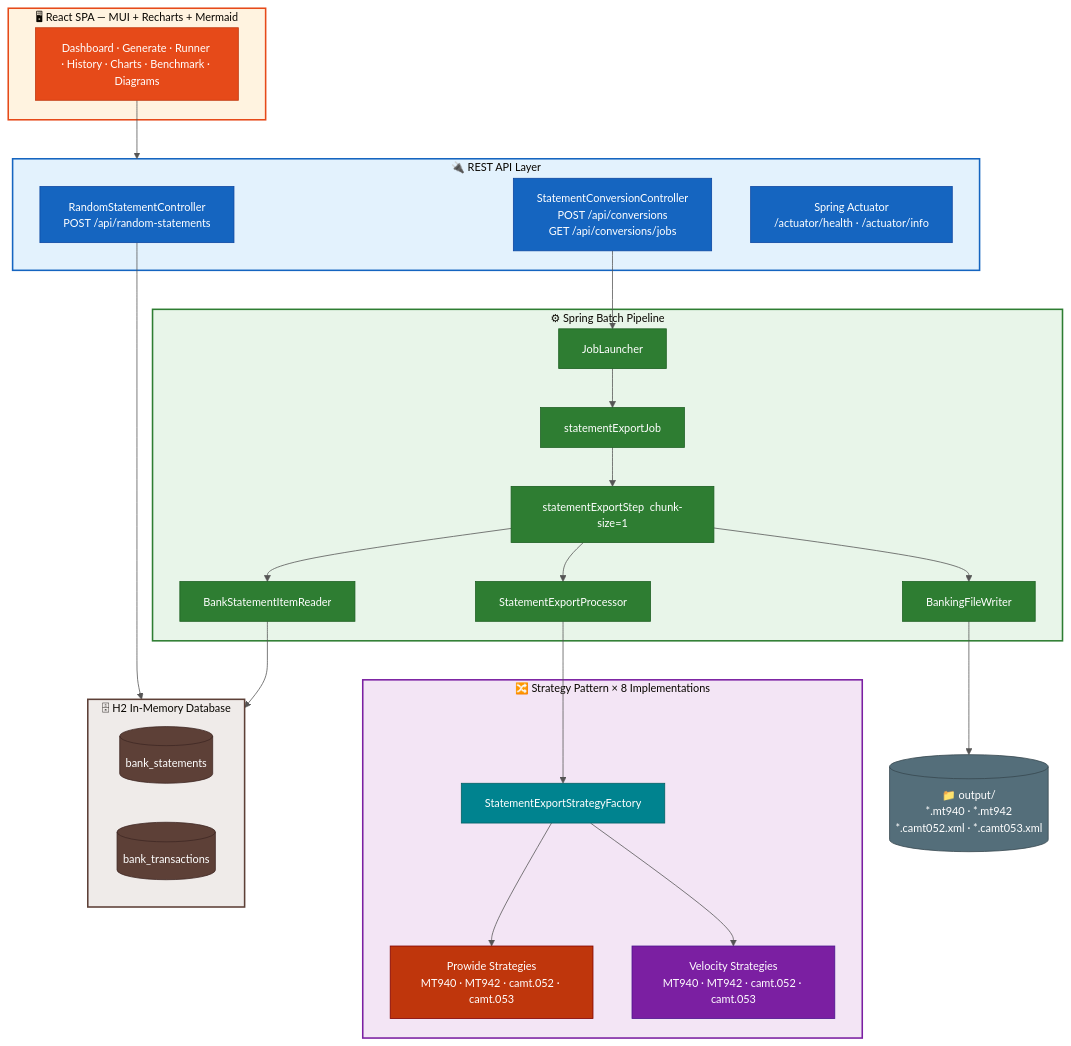
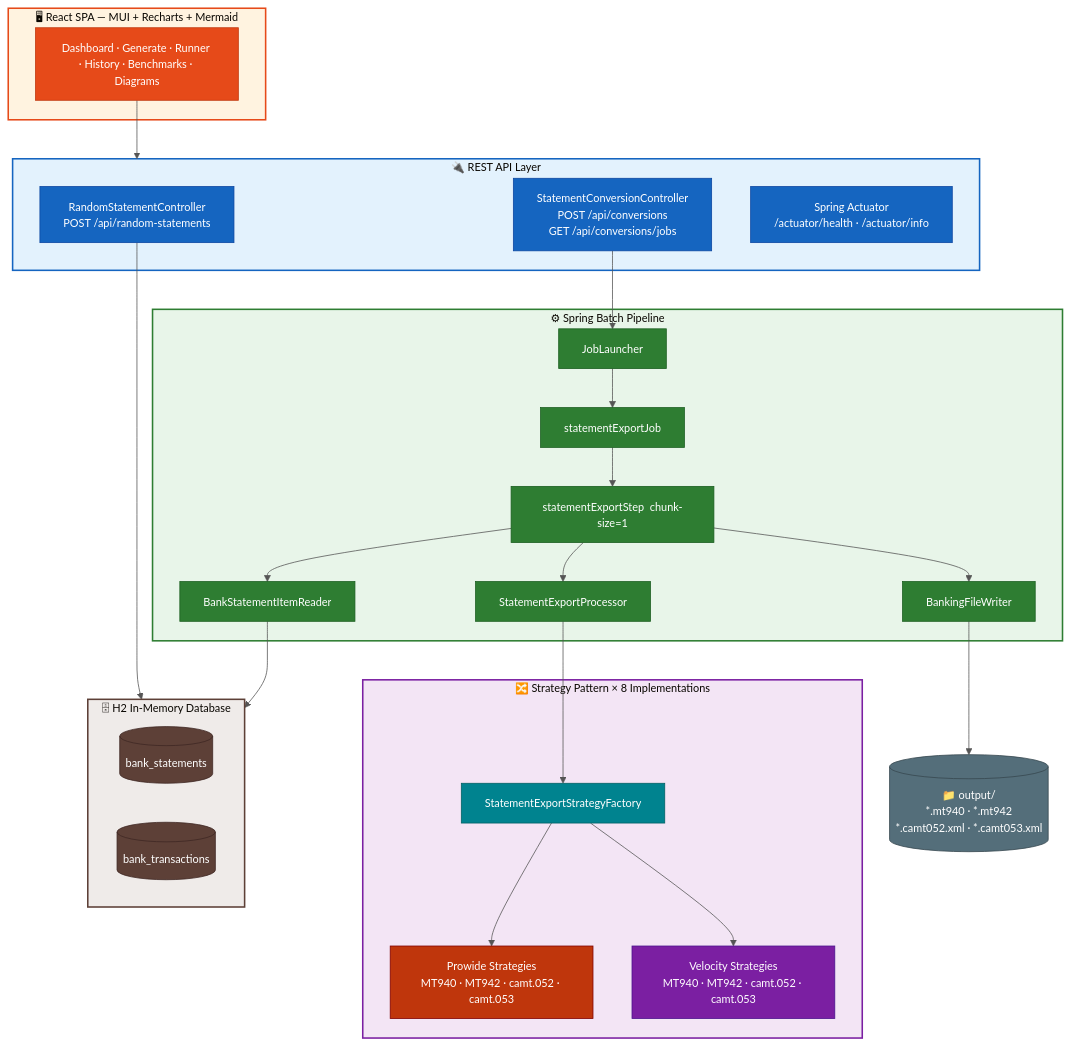
The diagram in docs/diagrams/architecture-overview.mmd (wallaceespindola/camt-mt-converters), drawn with Mermaid before and after one commit. The commit also changed 2 other files, not shown here.

Commit message:
Update diagrams: rename Charts to Benchmarks in all diagram labels

```diff
--- a/docs/diagrams/architecture-overview.mmd
+++ b/docs/diagrams/architecture-overview.mmd
@@ -1,61 +1,61 @@
 %%{init: {'theme': 'base', 'themeVariables': {'lineColor': '#555555', 'fontSize': '14px'}}}%%
 graph TB
     subgraph Frontend["🖥  React SPA  —  MUI + Recharts + Mermaid"]
-        UI["Dashboard · Generate · Runner · History · Charts · Benchmark · Diagrams"]
+        UI["Dashboard · Generate · Runner · History · Benchmarks · Diagrams"]
     end
     subgraph API["🔌  REST API Layer"]
         RS["RandomStatementController\nPOST /api/random-statements"]
         CV["StatementConversionController\nPOST /api/conversions\nGET /api/conversions/jobs"]
         ACT["Spring Actuator\n/actuator/health · /actuator/info"]
     end
     subgraph Batch["⚙  Spring Batch Pipeline"]
         JL[JobLauncher]
         JOB[statementExportJob]
         STEP["statementExportStep  chunk-size=1"]
         READER[BankStatementItemReader]
         PROC[StatementExportProcessor]
         WRITER[BankingFileWriter]
     end
     subgraph Strategy["🔀  Strategy Pattern  ×  8 Implementations"]
         SF[StatementExportStrategyFactory]
         P4["Prowide Strategies\nMT940 · MT942 · camt.052 · camt.053"]
         V4["Velocity Strategies\nMT940 · MT942 · camt.052 · camt.053"]
     end
     subgraph Data["🗄  H2 In-Memory Database"]
         BS[(bank_statements)]
         BT[(bank_transactions)]
     end
     OUTPUT[("📁  output/\n*.mt940 · *.mt942\n*.camt052.xml · *.camt053.xml")]
 
     UI --> API
     RS --> Data
     CV --> JL --> JOB --> STEP
     STEP --> READER --> Data
     STEP --> PROC --> SF
     SF --> P4
     SF --> V4
     STEP --> WRITER --> OUTPUT
 
     classDef fe       fill:#E64A19,stroke:#BF360C,color:#fff
     classDef api      fill:#1565C0,stroke:#0D47A1,color:#fff
     classDef batch    fill:#2E7D32,stroke:#1B5E20,color:#fff
     classDef factory  fill:#00838F,stroke:#006064,color:#fff
     classDef prowide  fill:#BF360C,stroke:#7F0000,color:#fff
     classDef velocity fill:#7B1FA2,stroke:#4A148C,color:#fff
     classDef db       fill:#5D4037,stroke:#3E2723,color:#fff
     classDef out      fill:#546E7A,stroke:#37474F,color:#fff
 
     class UI fe
     class RS,CV,ACT api
     class JL,JOB,STEP,READER,PROC,WRITER batch
     class SF factory
     class P4 prowide
     class V4 velocity
     class BS,BT db
     class OUTPUT out
 
     style Frontend fill:#FFF3E0,stroke:#E64A19,stroke-width:2px
     style API      fill:#E3F2FD,stroke:#1565C0,stroke-width:2px
     style Batch    fill:#E8F5E9,stroke:#2E7D32,stroke-width:2px
     style Strategy fill:#F3E5F5,stroke:#7B1FA2,stroke-width:2px
     style Data     fill:#EFEBE9,stroke:#5D4037,stroke-width:2px
```
